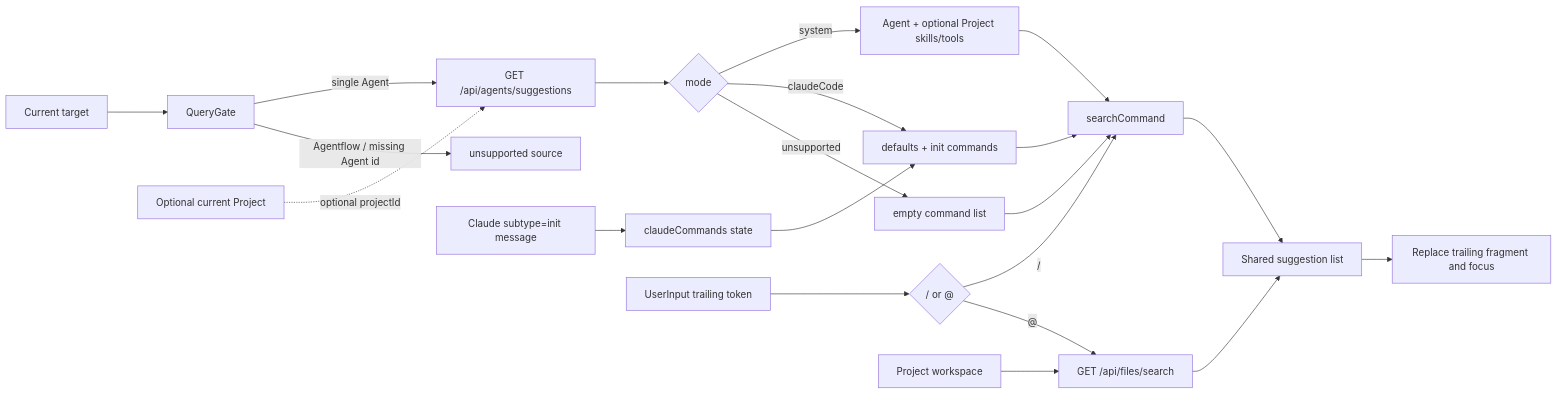
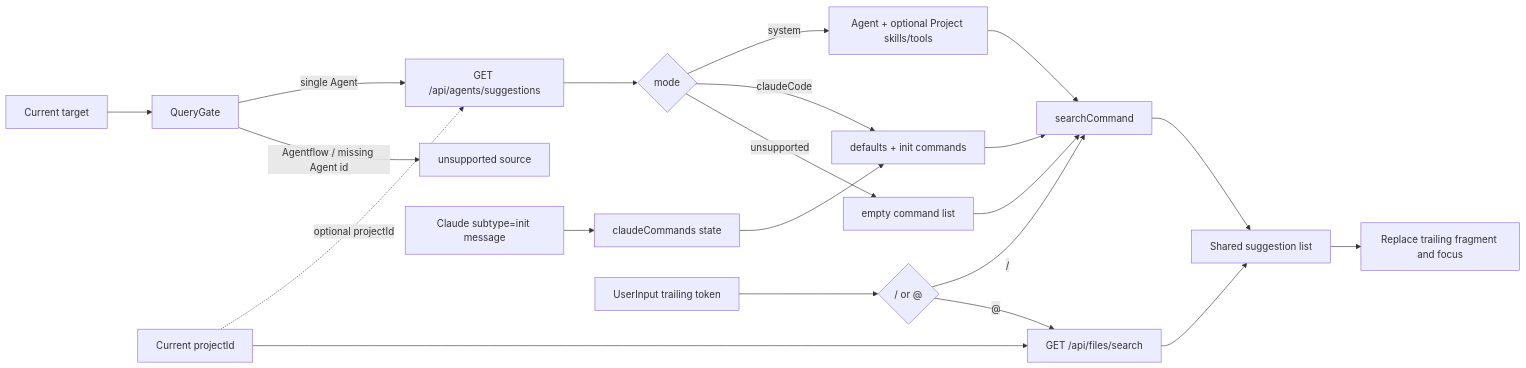
Before and after one commit to zxyao145/agw: the diagram in docs/5.Chat Suggestions.md, drawn with Mermaid. The commit also changed other lines of this file and 29 other files, not shown here.

````diff
--- a/docs/5.Chat Suggestions.md
+++ b/docs/5.Chat Suggestions.md
@@ -41,28 +41,28 @@
 ```mermaid
 flowchart LR
     Target["Current target"] --> QueryGate
     QueryGate -->|"single Agent"| SuggestionsAPI["GET /api/agents/suggestions"]
     QueryGate -->|"Agentflow / missing Agent id"| Unsupported["unsupported source"]
     Project["Optional current Project"] -. "optional projectId" .-> SuggestionsAPI
 
     SuggestionsAPI --> Mode{"mode"}
     Mode -->|"system"| SystemItems["Agent + optional Project skills/tools"]
     Mode -->|"claudeCode"| ClaudeItems["defaults + init commands"]
     Mode -->|"unsupported"| EmptyCommands["empty command list"]
 
     InitMessage["Claude subtype=init message"] --> ClaudeState["claudeCommands state"]
     ClaudeState --> ClaudeItems
 
     Input["UserInput trailing token"] --> Trigger{"/ or @"}
     Trigger -->|"/"| CommandSearch["searchCommand"]
     SystemItems --> CommandSearch
     ClaudeItems --> CommandSearch
     EmptyCommands --> CommandSearch
 
     Trigger -->|"@"| FileSearch["GET /api/files/search"]
-    Workspace["Project workspace"] --> FileSearch
+    Project["Current projectId"] --> FileSearch
 
     CommandSearch --> SuggestionList["Shared suggestion list"]
     FileSearch --> SuggestionList
     SuggestionList --> Replace["Replace trailing fragment and focus"]
 ```
````
